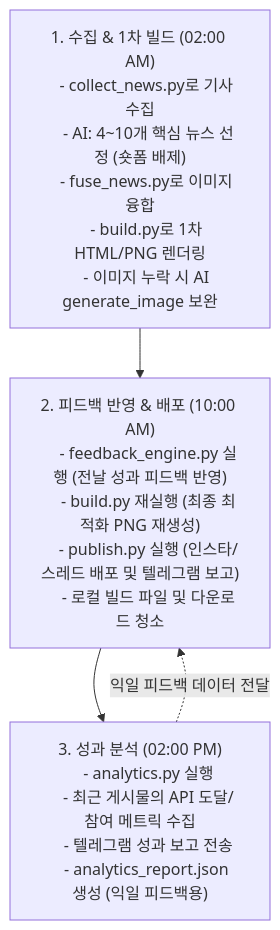
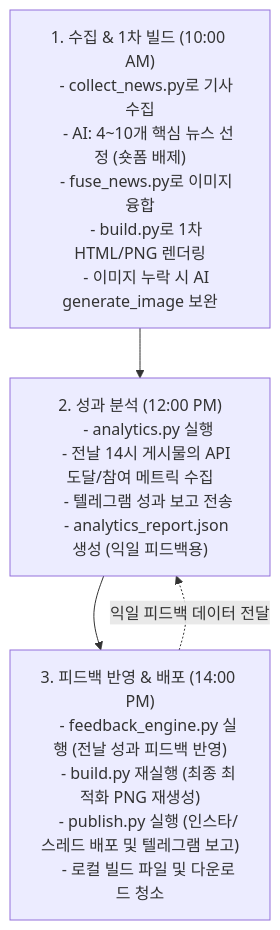
One commit to SeongJeGeun/SecretIns changed the diagram in README.md. Above: the diagram before and after it, drawn with Mermaid. The commit also changed other lines of this file and 1 other file, not shown here.

````diff
--- a/README.md
+++ b/README.md
@@ -88,25 +88,25 @@
 ```mermaid
 graph TD
-    A["1. 수집 & 1차 빌드 (02:00 AM)
+    A["1. 수집 & 1차 빌드 (10:00 AM)
     - collect_news.py로 기사 수집
     - AI: 4~10개 핵심 뉴스 선정 (숏폼 배제)
     - fuse_news.py로 이미지 융합
     - build.py로 1차 HTML/PNG 렌더링
     - 이미지 누락 시 AI generate_image 보완"]
     
-    B["2. 피드백 반영 & 배포 (10:00 AM)
+    B["2. 성과 분석 (12:00 PM)
+    - analytics.py 실행
+    - 전날 14시 게시물의 API 도달/참여 메트릭 수집
+    - 텔레그램 성과 보고 전송
+    - analytics_report.json 생성 (익일 피드백용)"]
+    
+    C["3. 피드백 반영 & 배포 (14:00 PM)
     - feedback_engine.py 실행 (전날 성과 피드백 반영)
     - build.py 재실행 (최종 최적화 PNG 재생성)
     - publish.py 실행 (인스타/스레드 배포 및 텔레그램 보고)
     - 로컬 빌드 파일 및 다운로드 청소"]
-    
-    C["3. 성과 분석 (02:00 PM)
-    - analytics.py 실행
-    - 최근 게시물의 API 도달/참여 메트릭 수집
-    - 텔레그램 성과 보고 전송
-    - analytics_report.json 생성 (익일 피드백용)"]
 
     A --> B
     B --> C
     C -.->|"익일 피드백 데이터 전달"| B
 ```
````
